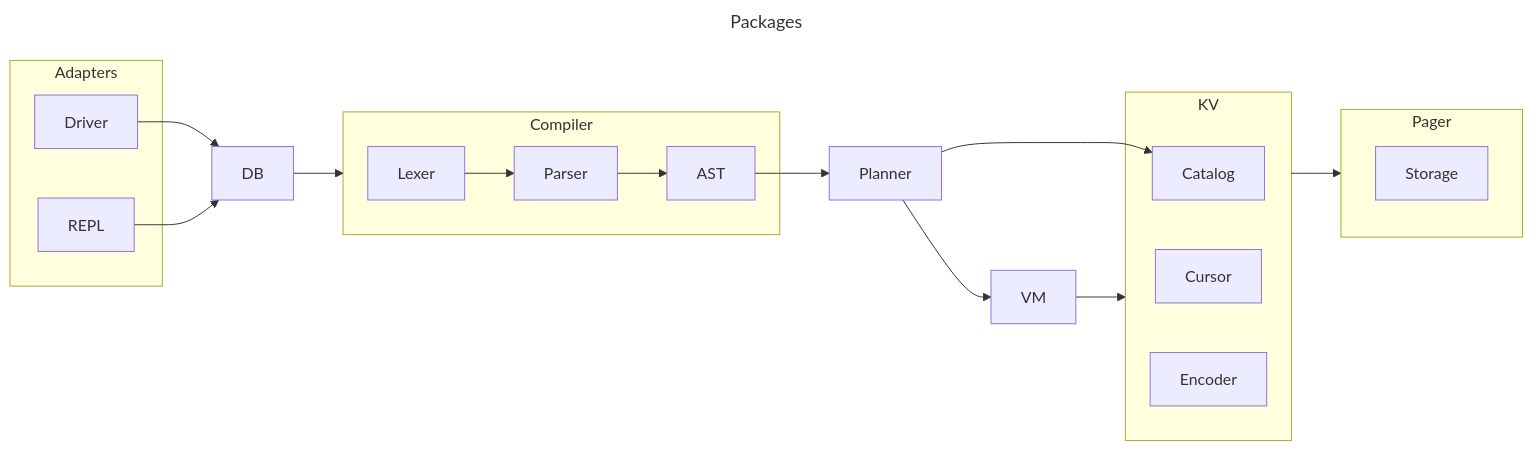
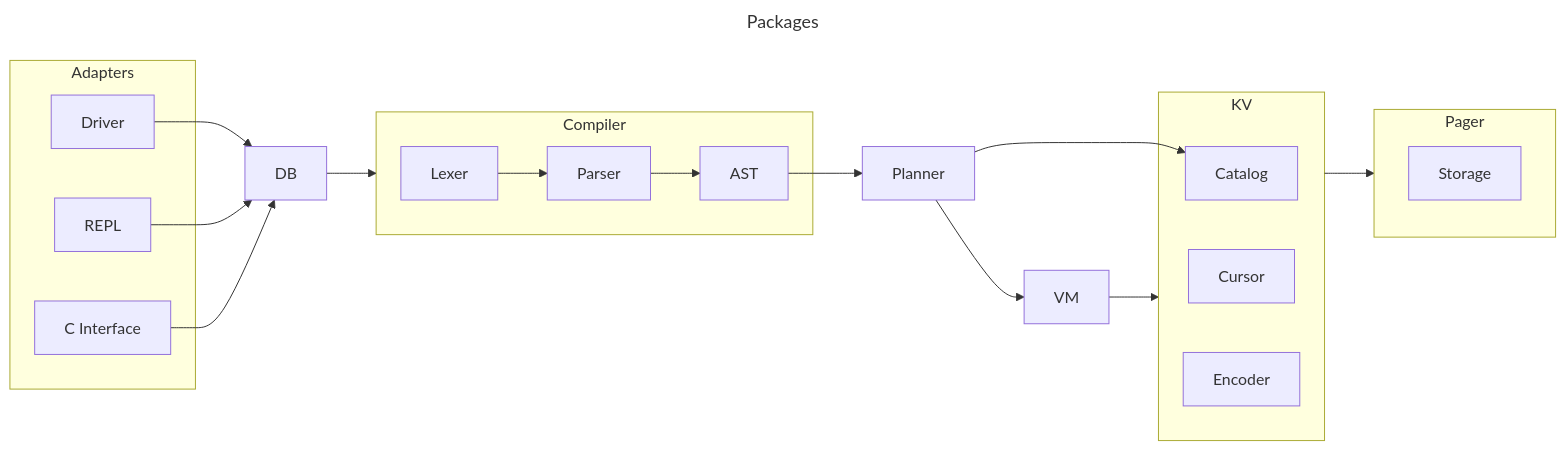
Before and after one commit to chirst/cdb: the sixth of 6 diagrams in README.md, drawn with Mermaid. The commit also changed other lines of this file, not shown here.

````diff
--- a/README.md
+++ b/README.md
@@ -125,29 +210,31 @@
 ```mermaid
 ---
 title: Packages
 ---
 graph LR
     subgraph Adapters
+    cint["C Interface"]
     Driver
     REPL
     end
     Driver --> DB
     REPL --> DB
+    cint --> DB
     DB --> Compiler
     subgraph Compiler
     Lexer --> Parser --> AST
     end
     AST --> Planner
     Planner --> VM
     Planner --> Catalog
     VM --> KV
     subgraph KV
     Cursor
     Catalog
     Encoder
     end
     KV --> Pager
     subgraph Pager
     Storage
     end
 ```
````
